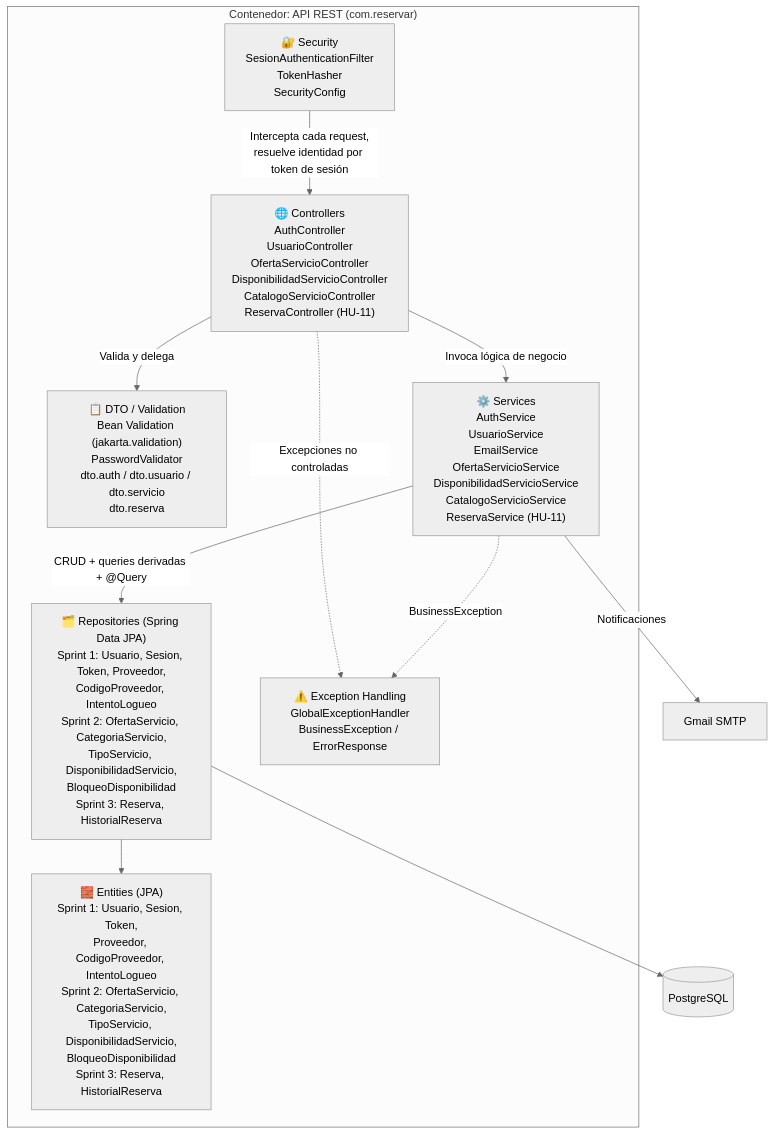
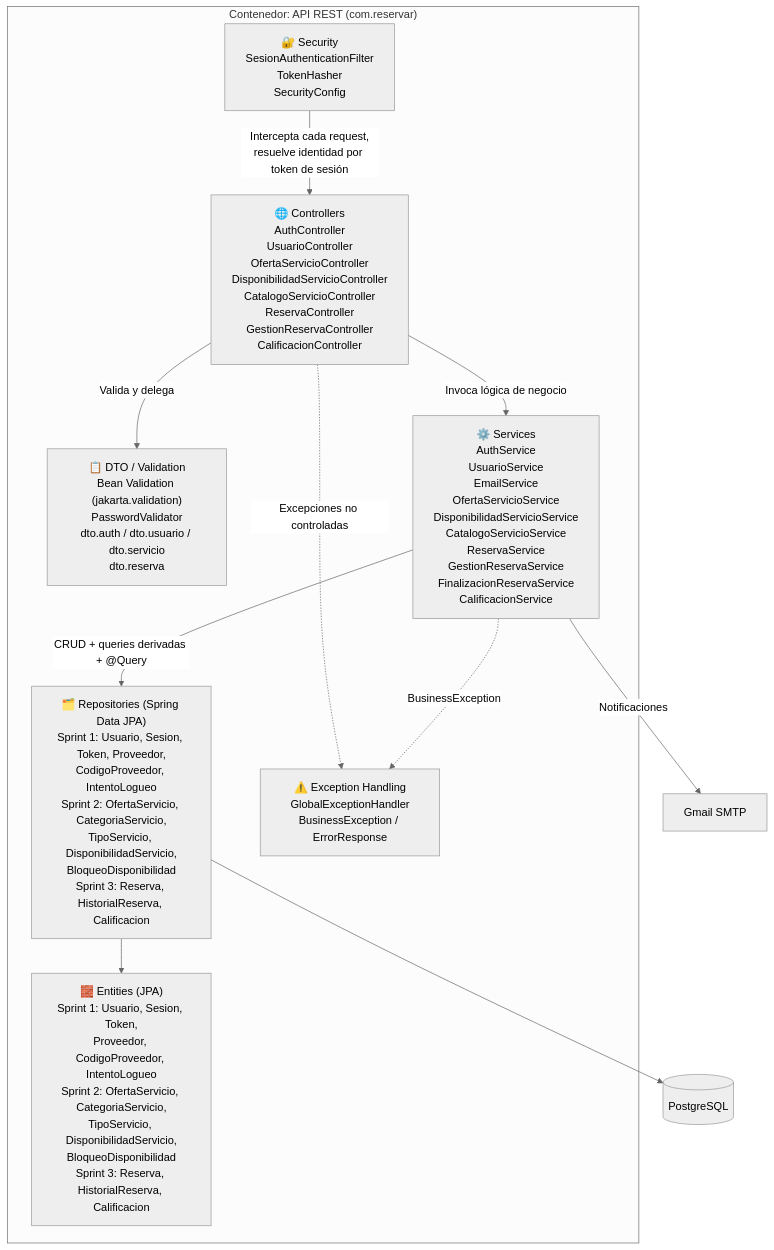
The third of 6 diagrams in README.md (FabricaEscuela20262-EAV09/FabricaEscuela202602_EAV09), drawn with Mermaid (neutral theme) before and after one commit. The commit also changed other lines of this file, not shown here.

Commit message:
README Actualizado Sprint3

````diff
--- a/README.md
+++ b/README.md
@@ -104,25 +104,25 @@
 ```mermaid
 graph TD
     subgraph API["Contenedor: API REST (com.reservar)"]
         Sec["🔐 Security<br/>SesionAuthenticationFilter<br/>TokenHasher<br/>SecurityConfig"]
-        Ctrl["🌐 Controllers<br/>AuthController<br/>UsuarioController<br/>OfertaServicioController<br/>DisponibilidadServicioController<br/>CatalogoServicioController<br/>ReservaController (HU-11)"]
+        Ctrl["🌐 Controllers<br/>AuthController<br/>UsuarioController<br/>OfertaServicioController<br/>DisponibilidadServicioController<br/>CatalogoServicioController<br/>ReservaController<br/>GestionReservaController<br/>CalificacionController"]
         DTO["📋 DTO / Validation<br/>Bean Validation (jakarta.validation)<br/>PasswordValidator<br/>dto.auth / dto.usuario / dto.servicio<br/>dto.reserva"]
-        Svc["⚙️ Services<br/>AuthService<br/>UsuarioService<br/>EmailService<br/>OfertaServicioService<br/>DisponibilidadServicioService<br/>CatalogoServicioService<br/>ReservaService (HU-11)"]
-        Repo["🗂️ Repositories (Spring Data JPA)<br/>Sprint 1: Usuario, Sesion, Token, Proveedor,<br/>CodigoProveedor, IntentoLogueo<br/>Sprint 2: OfertaServicio, CategoriaServicio,<br/>TipoServicio, DisponibilidadServicio,<br/>BloqueoDisponibilidad<br/>Sprint 3: Reserva, HistorialReserva"]
-        Ent["🧱 Entities (JPA)<br/>Sprint 1: Usuario, Sesion, Token,<br/>Proveedor, CodigoProveedor, IntentoLogueo<br/>Sprint 2: OfertaServicio, CategoriaServicio,<br/>TipoServicio, DisponibilidadServicio,<br/>BloqueoDisponibilidad<br/>Sprint 3: Reserva, HistorialReserva"]
+        Svc["⚙️ Services<br/>AuthService<br/>UsuarioService<br/>EmailService<br/>OfertaServicioService<br/>DisponibilidadServicioService<br/>CatalogoServicioService<br/>ReservaService<br/>GestionReservaService<br/>FinalizacionReservaService<br/>CalificacionService"]
+        Repo["🗂️ Repositories (Spring Data JPA)<br/>Sprint 1: Usuario, Sesion, Token, Proveedor,<br/>CodigoProveedor, IntentoLogueo<br/>Sprint 2: OfertaServicio, CategoriaServicio,<br/>TipoServicio, DisponibilidadServicio,<br/>BloqueoDisponibilidad<br/>Sprint 3: Reserva, HistorialReserva, Calificacion"]
+        Ent["🧱 Entities (JPA)<br/>Sprint 1: Usuario, Sesion, Token,<br/>Proveedor, CodigoProveedor, IntentoLogueo<br/>Sprint 2: OfertaServicio, CategoriaServicio,<br/>TipoServicio, DisponibilidadServicio,<br/>BloqueoDisponibilidad<br/>Sprint 3: Reserva, HistorialReserva, Calificacion"]
         Exc["⚠️ Exception Handling<br/>GlobalExceptionHandler<br/>BusinessException / ErrorResponse"]
     end
 
     BD[("PostgreSQL")]
     Correo["Gmail SMTP"]
 
     Sec -->|"Intercepta cada request,<br/>resuelve identidad por token de sesión"| Ctrl
     Ctrl -->|"Valida y delega"| DTO
     Ctrl -->|"Invoca lógica de negocio"| Svc
     Svc -->|"CRUD + queries derivadas + @Query"| Repo
     Repo --> Ent
     Repo --> BD
     Svc -->|"Notificaciones"| Correo
     Ctrl -.->|"Excepciones no controladas"| Exc
     Svc -.->|"BusinessException"| Exc
 ```
````
